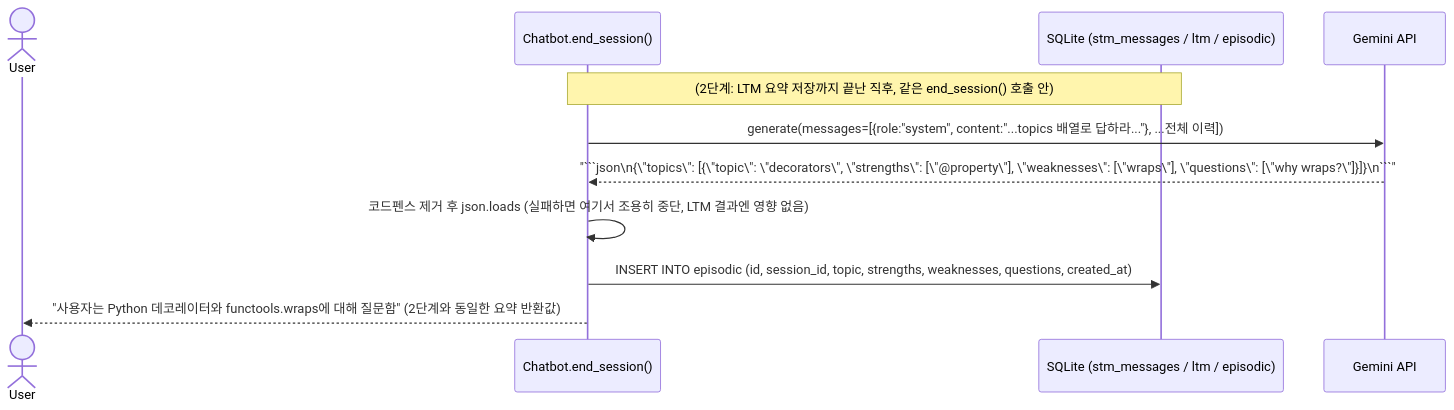
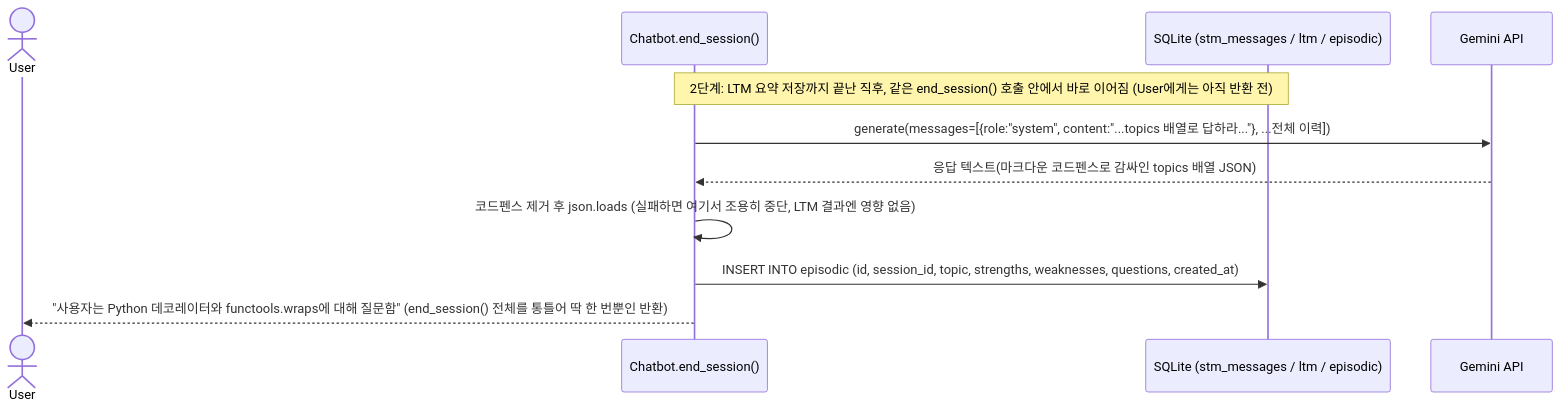
The third of 3 diagrams in lossy_clone/ARCHITECTURE.md (Kanmanemone/memory-augmented-learning-chatbot), drawn with Mermaid before and after one commit. The commit also changed other lines of this file and 1 other file, not shown here.

First line of the commit message:
fix(3-episodic): 리뷰 보완 - blank line/ADR 참조/다이어그램 반환 흐름/개념 설명 정리

````diff
--- a/lossy_clone/ARCHITECTURE.md
+++ b/lossy_clone/ARCHITECTURE.md
@@ -59,14 +62,14 @@
 ```mermaid
 sequenceDiagram
     actor User
     participant Bot as Chatbot.end_session()
     participant DB as SQLite (stm_messages / ltm / episodic)
     participant Gemini as Gemini API
 
-    Note over Bot,DB: (2단계: LTM 요약 저장까지 끝난 직후, 같은 end_session() 호출 안)
+    Note over Bot,DB: 2단계: LTM 요약 저장까지 끝난 직후, 같은 end_session() 호출 안에서 바로 이어짐 (User에게는 아직 반환 전)
     Bot->>Gemini: generate(messages=[{role:"system", content:"...topics 배열로 답하라..."}, ...전체 이력])
-    Gemini-->>Bot: "```json\n{\"topics\": [{\"topic\": \"decorators\", \"strengths\": [\"@property\"], \"weaknesses\": [\"wraps\"], \"questions\": [\"why wraps?\"]}]}\n```"
+    Gemini-->>Bot: 응답 텍스트(마크다운 코드펜스로 감싸인 topics 배열 JSON)
     Bot->>Bot: 코드펜스 제거 후 json.loads (실패하면 여기서 조용히 중단, LTM 결과엔 영향 없음)
     Bot->>DB: INSERT INTO episodic (id, session_id, topic, strengths, weaknesses, questions, created_at)
-    Bot-->>User: "사용자는 Python 데코레이터와 functools.wraps에 대해 질문함" (2단계와 동일한 요약 반환값)
+    Bot-->>User: "사용자는 Python 데코레이터와 functools.wraps에 대해 질문함" (end_session() 전체를 통틀어 딱 한 번뿐인 반환)
 ```
````
